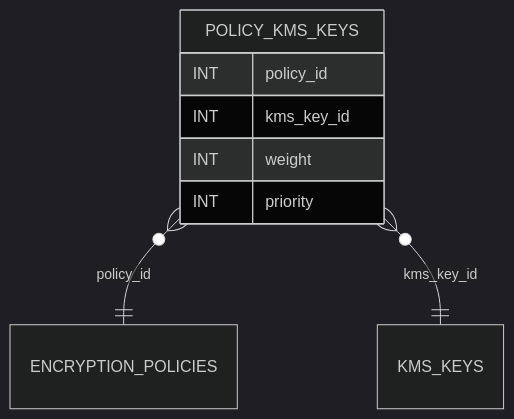
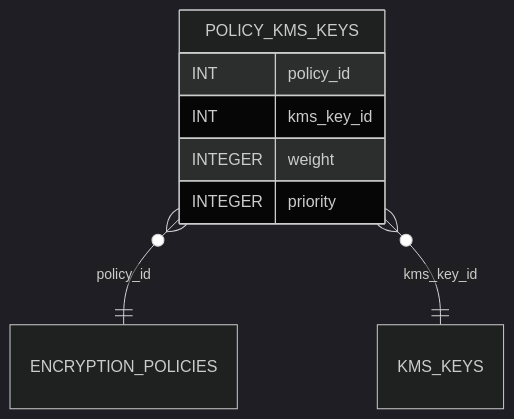
The diagram in README.md (blackcatdatabase/table-policy-kms-keys), drawn with Mermaid (dark theme) before and after one commit. The commit also changed other lines of this file and 21 other files, not shown here.

Commit message:
regen schema (#1)

````diff
--- a/README.md
+++ b/README.md
@@ -51,11 +51,11 @@
 ```mermaid
 erDiagram
   POLICY_KMS_KEYS {
     INT policy_id
     INT kms_key_id
-    INT weight
-    INT priority
+    INTEGER weight
+    INTEGER priority
   }
   POLICY_KMS_KEYS }o--|| ENCRYPTION_POLICIES : "policy_id"
   POLICY_KMS_KEYS }o--|| KMS_KEYS : "kms_key_id"
 ```
````
